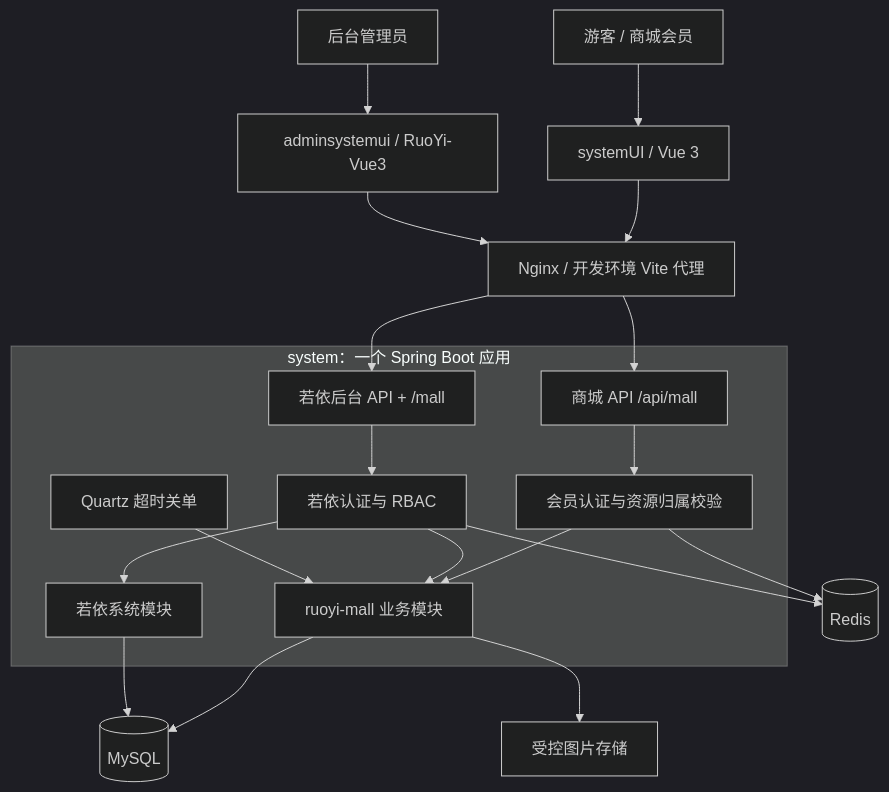
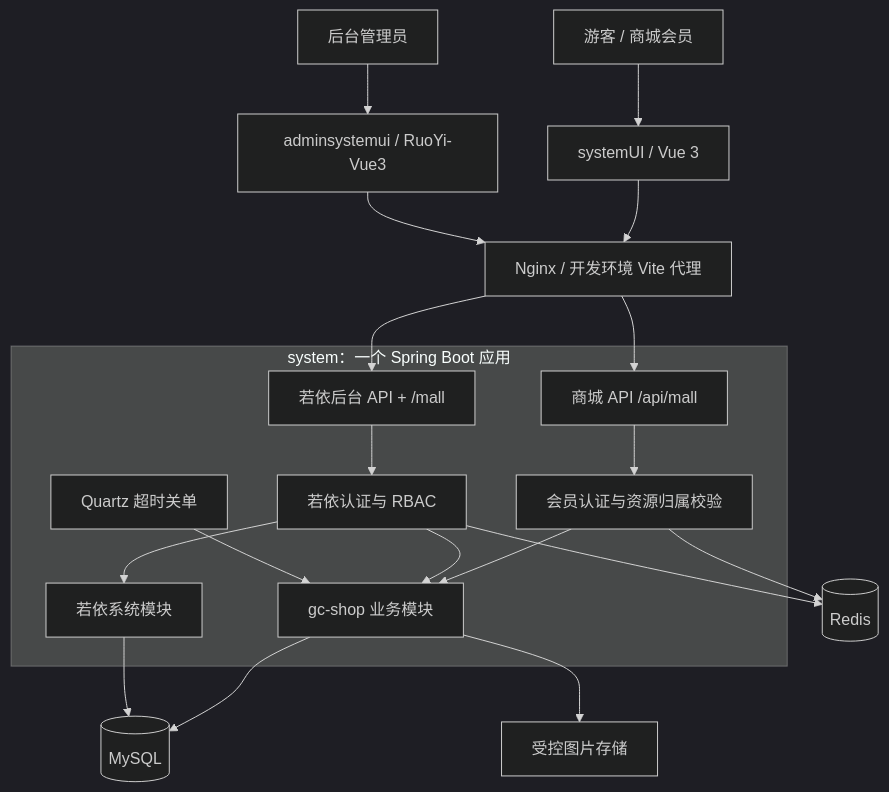
One commit to followTheWind223/gcSystem changed the first of 3 diagrams in docs/开发流程与架构设计.md. Above: the diagram before and after it, drawn with Mermaid (dark theme). The commit also changed other lines of this file and 1144 other files, not shown here.

````diff
--- a/docs/开发流程与架构设计.md
+++ b/docs/开发流程与架构设计.md
@@ -84,22 +84,22 @@
 ```mermaid
 flowchart TB
     Visitor[游客 / 商城会员] --> Shop[systemUI / Vue 3]
     Operator[后台管理员] --> Admin[adminsystemui / RuoYi-Vue3]
     Shop --> Gateway[Nginx / 开发环境 Vite 代理]
     Admin --> Gateway
     Gateway --> MemberAPI[商城 API /api/mall]
     Gateway --> AdminAPI[若依后台 API + /mall]
     subgraph Backend[system：一个 Spring Boot 应用]
         MemberAPI --> MemberAuth[会员认证与资源归属校验]
         AdminAPI --> AdminAuth[若依认证与 RBAC]
-        MemberAuth --> Mall[ruoyi-mall 业务模块]
+        MemberAuth --> Mall[gc-shop 业务模块]
         AdminAuth --> Mall
         AdminAuth --> System[若依系统模块]
         Scheduler[Quartz 超时关单] --> Mall
     end
     Mall --> DB[(MySQL)]
     System --> DB
     MemberAuth --> Redis[(Redis)]
     AdminAuth --> Redis
     Mall --> Files[受控图片存储]
 ```
````
